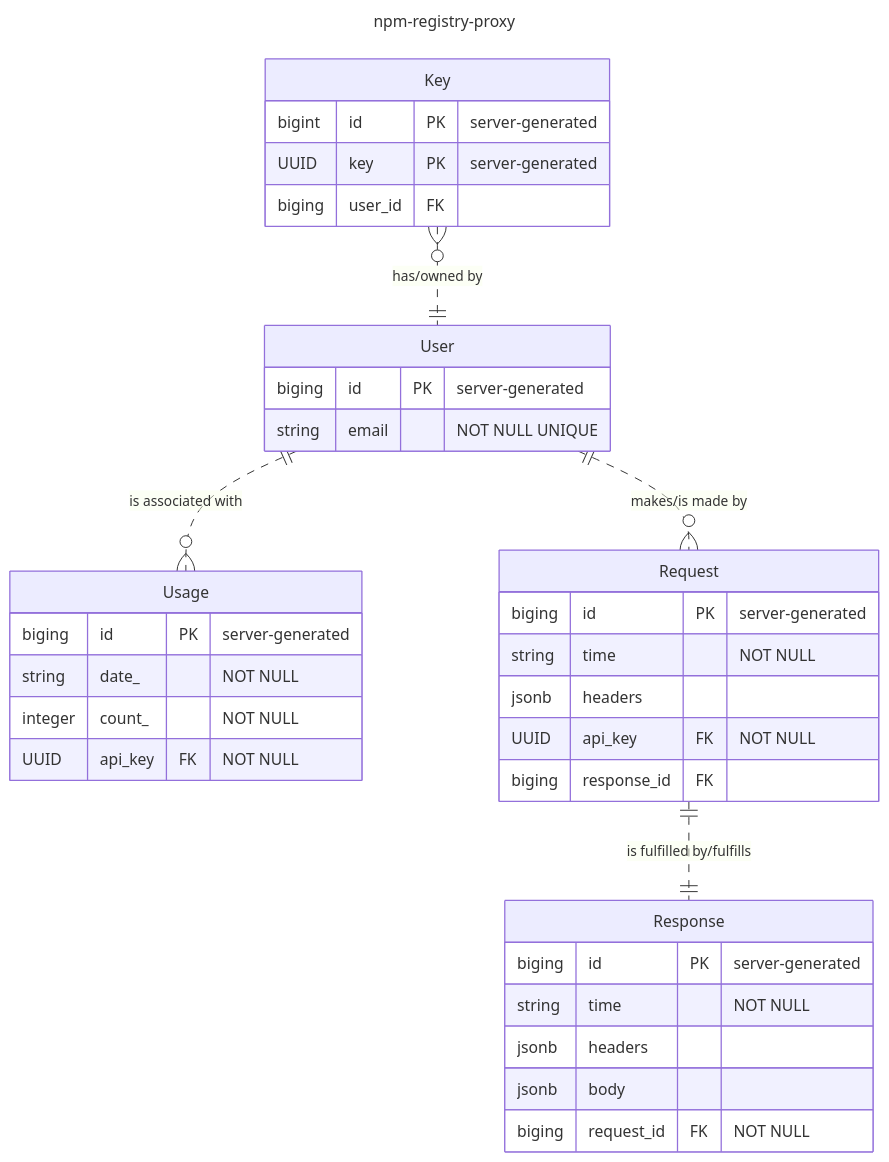
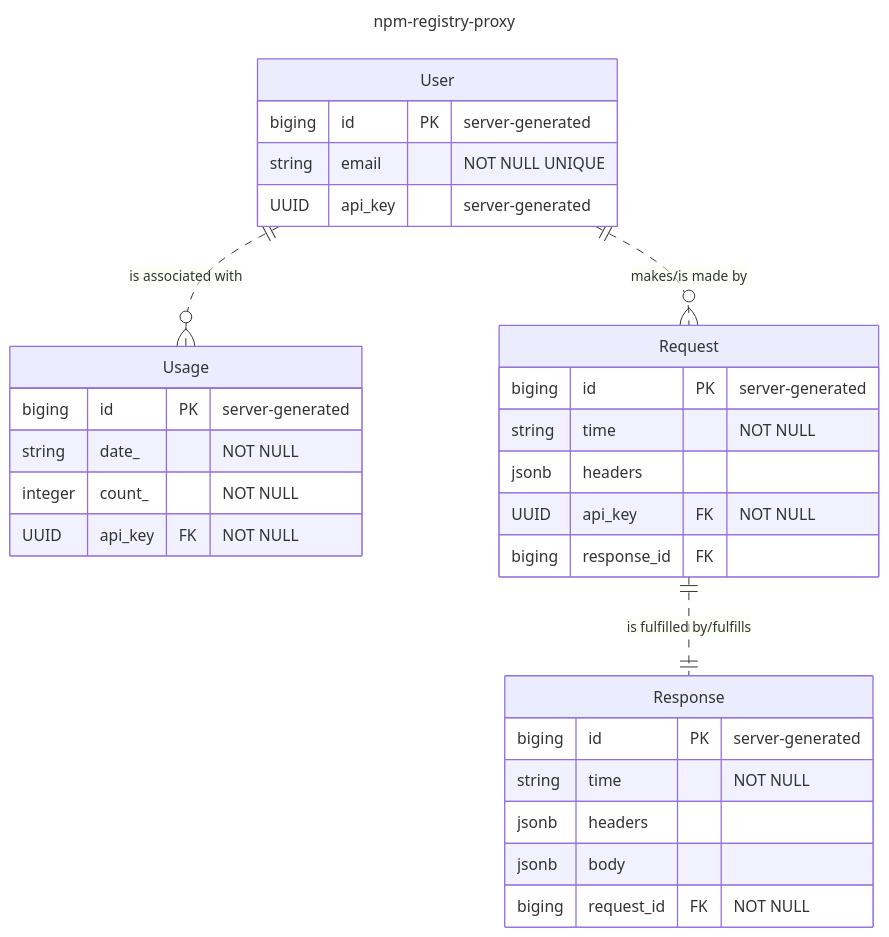
One commit to eisukeesaki/npm-registry-api-proxy changed the diagram in appdata/diagrams/entity-relationship-diagram.mmd. Above: the diagram before and after it, drawn with Mermaid. The commit also changed 1 other file, not shown here.

Commit message:
reflect updated app data scheme to ERD

```diff
--- a/appdata/diagrams/entity-relationship-diagram.mmd
+++ b/appdata/diagrams/entity-relationship-diagram.mmd
@@ -1,37 +1,32 @@
 ---
 title: npm-registry-proxy
 ---
 erDiagram
     User {
         biging id PK "server-generated"
         string email "NOT NULL UNIQUE"
-    }
-    Key {
-        bigint id PK "server-generated"
-        UUID key PK "server-generated"
-        biging user_id FK
+        UUID api_key "server-generated"
     }
     Usage {
         biging id PK "server-generated"
         string date_ "NOT NULL"
         integer count_ "NOT NULL"
         UUID api_key FK "NOT NULL"
     }
     Request {
         biging id PK "server-generated"
         string time "NOT NULL"
         jsonb headers
         UUID api_key FK "NOT NULL"
         biging response_id FK
     }
     Response {
         biging id PK "server-generated"
         string time "NOT NULL"
         jsonb headers
         jsonb body
         biging request_id FK "NOT NULL"
     }
     User ||..o{ Usage: "is associated with"
-    Key }o..|| User: "has/owned by"
     User ||..o{ Request: "makes/is made by"
     Request ||..|| Response: "is fulfilled by/fulfills"
```
